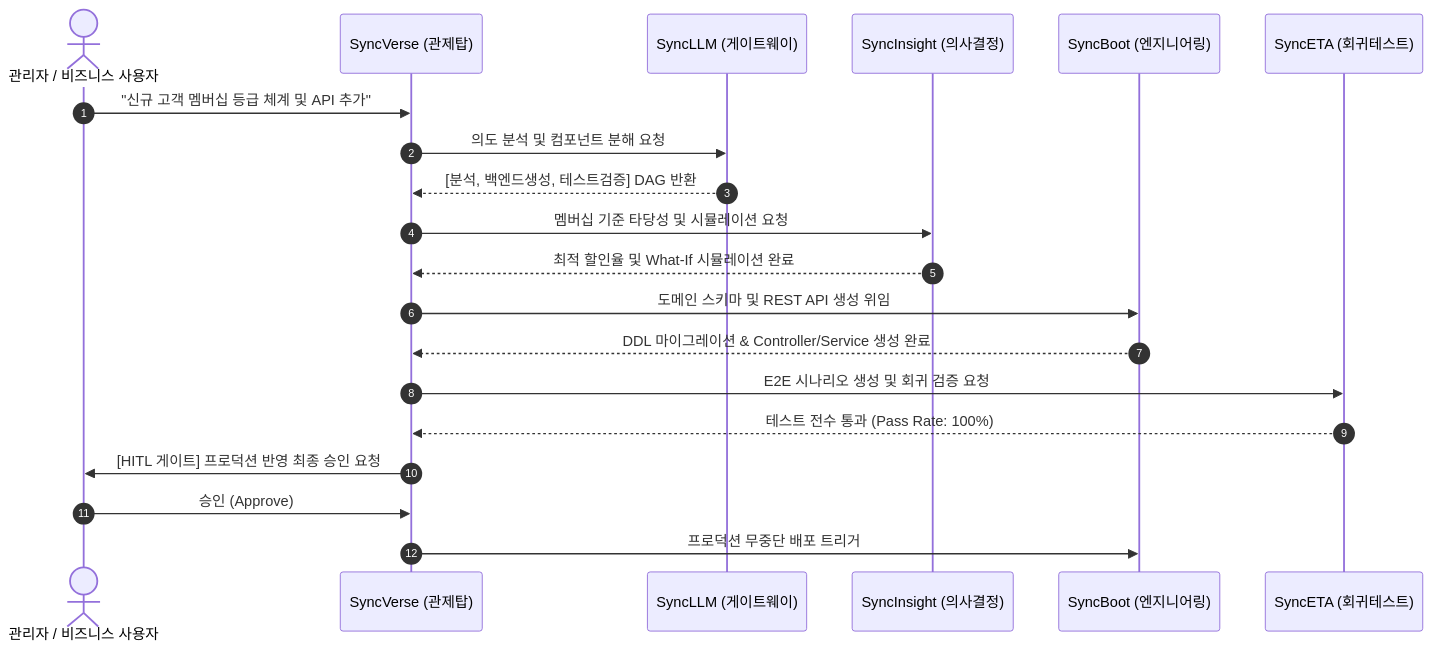
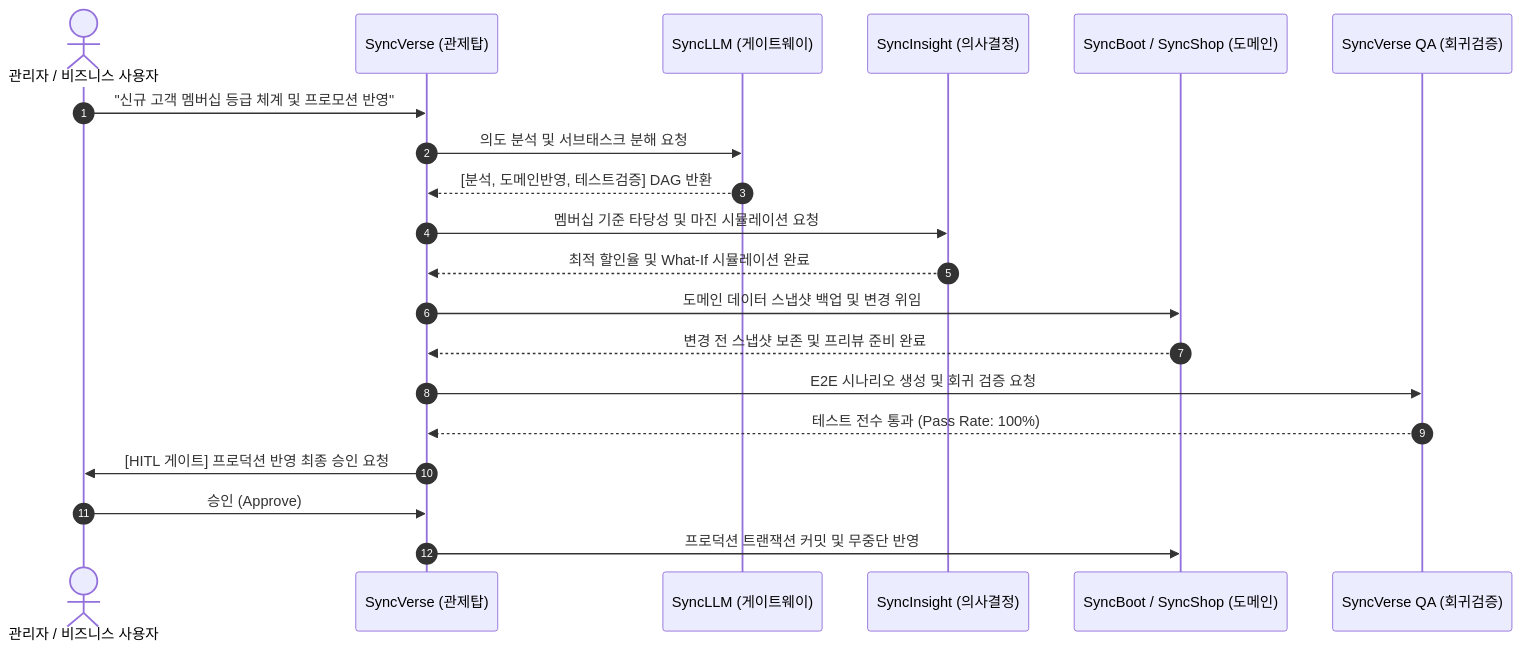
The second of 2 diagrams in ko/ecosystem/index.md (DramaticCollaboration/doc.github.io), drawn with Mermaid before and after one commit. The commit also changed other lines of this file and 49 other files, not shown here.

````diff
--- a/ko/ecosystem/index.md
+++ b/ko/ecosystem/index.md
@@ -79,27 +79,27 @@
 ```mermaid
 sequenceDiagram
     autonumber
     actor Admin as 관리자 / 비즈니스 사용자
     participant SV as SyncVerse (관제탑)
     participant SLLM as SyncLLM (게이트웨이)
     participant SI as SyncInsight (의사결정)
-    participant SB as SyncBoot (엔지니어링)
-    participant SETA as SyncETA (회귀테스트)
+    participant SB as SyncBoot / SyncShop (도메인)
+    participant QA as SyncVerse QA (회귀검증)
 
-    Admin->>SV: "신규 고객 멤버십 등급 체계 및 API 추가"
-    SV->>SLLM: 의도 분석 및 컴포넌트 분해 요청
-    SLLM-->>SV: [분석, 백엔드생성, 테스트검증] DAG 반환
+    Admin->>SV: "신규 고객 멤버십 등급 체계 및 프로모션 반영"
+    SV->>SLLM: 의도 분석 및 서브태스크 분해 요청
+    SLLM-->>SV: [분석, 도메인반영, 테스트검증] DAG 반환
     
-    SV->>SI: 멤버십 기준 타당성 및 시뮬레이션 요청
+    SV->>SI: 멤버십 기준 타당성 및 마진 시뮬레이션 요청
     SI-->>SV: 최적 할인율 및 What-If 시뮬레이션 완료
     
-    SV->>SB: 도메인 스키마 및 REST API 생성 위임
-    SB-->>SV: DDL 마이그레이션 & Controller/Service 생성 완료
+    SV->>SB: 도메인 데이터 스냅샷 백업 및 변경 위임
+    SB-->>SV: 변경 전 스냅샷 보존 및 프리뷰 준비 완료
     
-    SV->>SETA: E2E 시나리오 생성 및 회귀 검증 요청
-    SETA-->>SV: 테스트 전수 통과 (Pass Rate: 100%)
+    SV->>QA: E2E 시나리오 생성 및 회귀 검증 요청
+    QA-->>SV: 테스트 전수 통과 (Pass Rate: 100%)
     
     SV->>Admin: [HITL 게이트] 프로덕션 반영 최종 승인 요청
     Admin->>SV: 승인 (Approve)
-    SV->>SB: 프로덕션 무중단 배포 트리거
+    SV->>SB: 프로덕션 트랜잭션 커밋 및 무중단 반영
 ```
````
